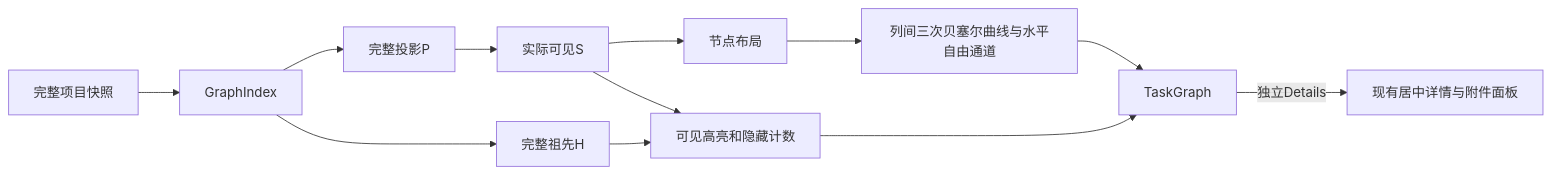
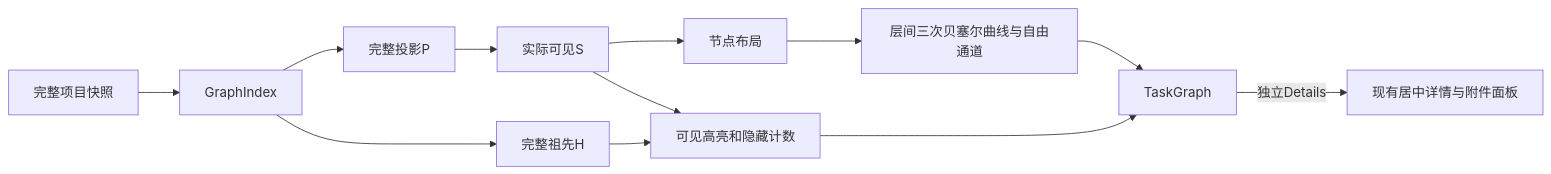
One commit to codetreker/daynight changed the diagram in docs/design/daynight-task-inspection.md. Above: the diagram before and after it, drawn with Mermaid. The commit also changed other lines of this file and 30 other files, not shown here.

Commit message:
feat: remember task graph direction per goal

````diff
--- a/docs/design/daynight-task-inspection.md
+++ b/docs/design/daynight-task-inspection.md
@@ -16,14 +16,14 @@
 ```mermaid
 flowchart LR
   Snapshot[完整项目快照] --> Index[GraphIndex]
   Index --> P[完整投影P]
   P --> S[实际可见S]
   S --> Layout[节点布局]
-  Layout --> Channels[列间三次贝塞尔曲线与水平自由通道]
+  Layout --> Channels[层间三次贝塞尔曲线与自由通道]
   Index --> H[完整祖先H]
   H --> Paint[可见高亮和隐藏计数]
   S --> Paint
   Channels --> Canvas[TaskGraph]
   Paint --> Canvas
   Canvas -->|独立Details| Detail[现有居中详情与附件面板]
 ```
````
